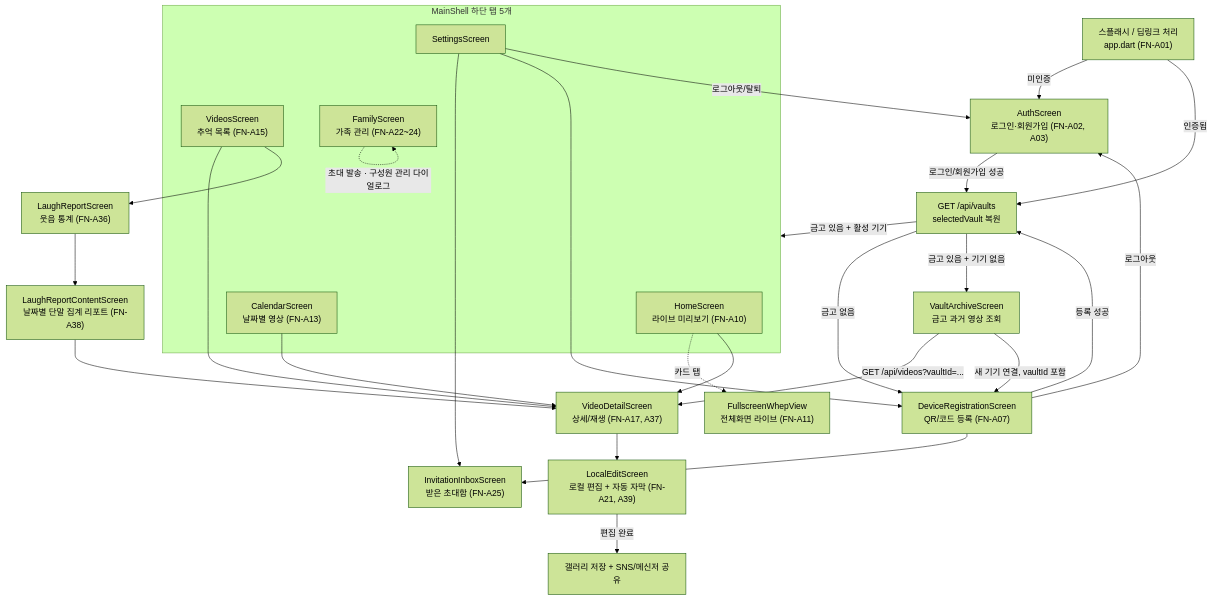
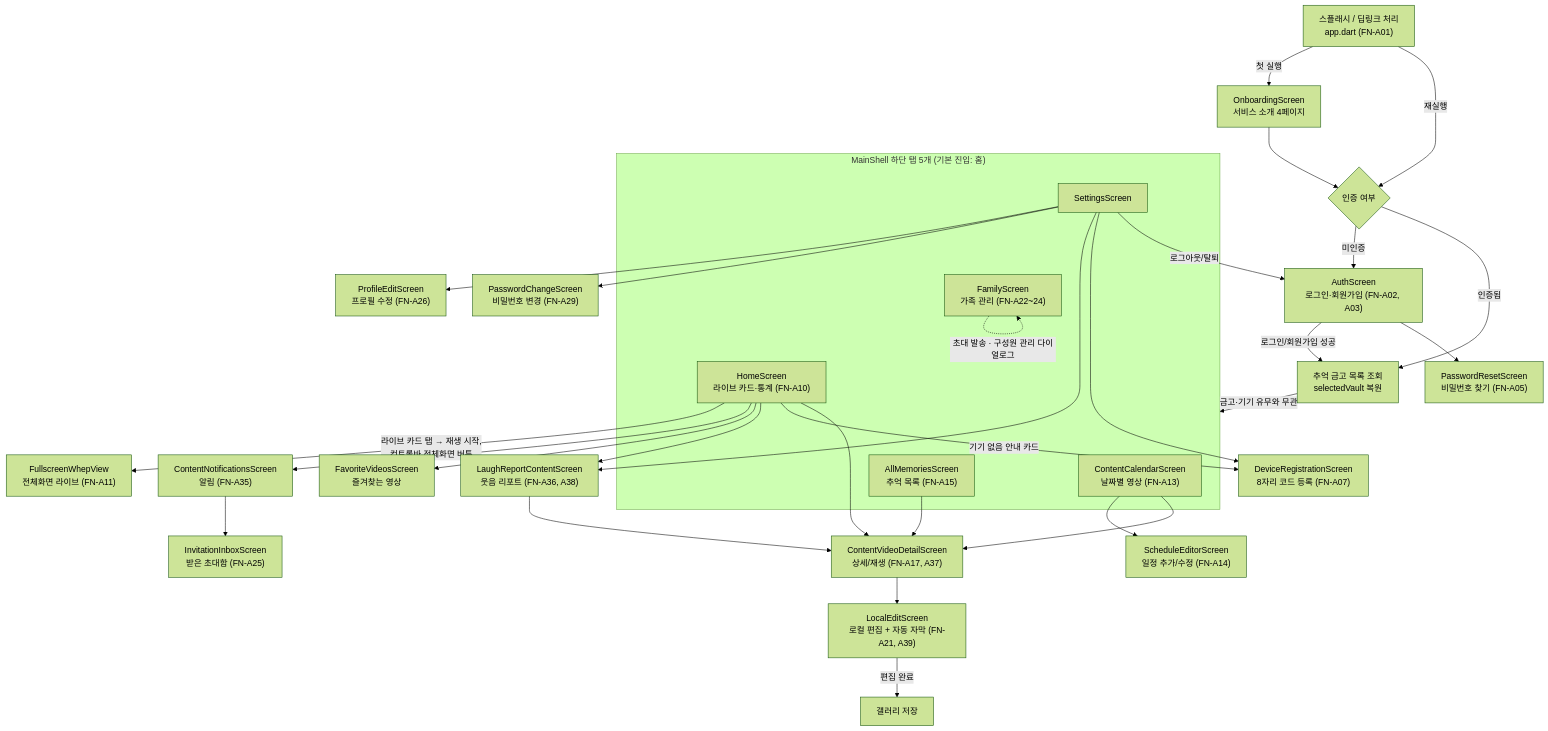
Before and after one commit to limbs-han/Bbanggeut: the diagram in 자료/docs/ai에게 입력용 문서/03-features.md, drawn with Mermaid (forest theme). The commit also changed other lines of this file and 3 other files, not shown here.

````diff
--- a/자료/docs/ai에게 입력용 문서/03-features.md
+++ b/자료/docs/ai에게 입력용 문서/03-features.md
@@ -72,40 +75,42 @@
 ```mermaid
 flowchart TD
-    Splash["스플래시 / 딥링크 처리\napp.dart (FN-A01)"] -->|미인증| Auth["AuthScreen\n로그인·회원가입 (FN-A02, A03)"]
-    Splash -->|인증됨| VaultLoad["GET /api/vaults\nselectedVault 복원"]
+    Splash["스플래시 / 딥링크 처리\napp.dart (FN-A01)"] -->|첫 실행| Onboarding["OnboardingScreen\n서비스 소개 4페이지"]
+    Onboarding --> AuthCheck{"인증 여부"}
+    Splash -->|재실행| AuthCheck
+    AuthCheck -->|미인증| Auth["AuthScreen\n로그인·회원가입 (FN-A02, A03)"]
+    AuthCheck -->|인증됨| VaultLoad["추억 금고 목록 조회\nselectedVault 복원"]
+    Auth -->|로그인/회원가입 성공| VaultLoad
+    Auth --> PwReset["PasswordResetScreen\n비밀번호 찾기 (FN-A05)"]
+    VaultLoad -->|금고·기기 유무와 무관| Shell["MainShell (FN-A06)"]
 
-    Auth -->|로그인/회원가입 성공| VaultLoad
-    VaultLoad -->|금고 없음| DeviceReg["DeviceRegistrationScreen\nQR/코드 등록 (FN-A07)"]
-    VaultLoad -->|금고 있음 + 활성 기기| Shell["MainShell (FN-A06)"]
-    VaultLoad -->|금고 있음 + 기기 없음| VaultArchive["VaultArchiveScreen\n금고 과거 영상 조회"]
-    VaultArchive -->|GET /api/videos?vaultId=...| VideoDetail
-    VaultArchive -->|새 기기 연결, vaultId 포함| DeviceReg
-    DeviceReg -->|등록 성공| VaultLoad
-    DeviceReg --> InvInbox["InvitationInboxScreen\n받은 초대함 (FN-A25)"]
-    DeviceReg -->|로그아웃| Auth
-
-    subgraph Shell["MainShell 하단 탭 5개"]
-        Home["HomeScreen\n라이브 미리보기 (FN-A10)"]
-        Calendar["CalendarScreen\n날짜별 영상 (FN-A13)"]
-        Videos["VideosScreen\n추억 목록 (FN-A15)"]
+    subgraph Shell["MainShell 하단 탭 5개 (기본 진입: 홈)"]
+        Calendar["ContentCalendarScreen\n날짜별 영상 (FN-A13)"]
+        Videos["AllMemoriesScreen\n추억 목록 (FN-A15)"]
+        Home["HomeScreen\n라이브 카드·통계 (FN-A10)"]
         Family["FamilyScreen\n가족 관리 (FN-A22~24)"]
         Settings["SettingsScreen"]
     end
 
-    Home -. 카드 탭 .-> FullscreenLive["FullscreenWhepView\n전체화면 라이브 (FN-A11)"]
-    Home --> VideoDetail["VideoDetailScreen\n상세/재생 (FN-A17, A37)"]
+    Home -->|라이브 카드 탭 → 재생 시작,\n컨트롤바 전체화면 버튼| FullscreenLive["FullscreenWhepView\n전체화면 라이브 (FN-A11)"]
+    Home --> Notif["ContentNotificationsScreen\n알림 (FN-A35)"]
+    Home --> Favorites["FavoriteVideosScreen\n즐겨찾는 영상"]
+    Home --> LaughReport["LaughReportContentScreen\n웃음 리포트 (FN-A36, A38)"]
+    Home -->|기기 없음 안내 카드| DeviceReg["DeviceRegistrationScreen\n8자리 코드 등록 (FN-A07)"]
+    Notif --> InvInbox["InvitationInboxScreen\n받은 초대함 (FN-A25)"]
+    Calendar --> ScheduleEditor["ScheduleEditorScreen\n일정 추가/수정 (FN-A14)"]
+
+    Home --> VideoDetail["ContentVideoDetailScreen\n상세/재생 (FN-A17, A37)"]
     Calendar --> VideoDetail
     Videos --> VideoDetail
-    Videos --> LaughReport["LaughReportScreen\n웃음 통계 (FN-A36)"]
-    LaughReport --> ReportScreen["LaughReportContentScreen\n날짜별 단말 집계 리포트 (FN-A38)"]
-    ReportScreen --> VideoDetail
+    LaughReport --> VideoDetail
+    VideoDetail --> LocalEdit["LocalEditScreen\n로컬 편집 + 자동 자막 (FN-A21, A39)"]
+    LocalEdit -->|편집 완료| Gallery["갤러리 저장"]
 
-    VideoDetail --> LocalEdit["LocalEditScreen\n로컬 편집 + 자동 자막 (FN-A21, A39)"]
-    LocalEdit -->|편집 완료| Gallery["갤러리 저장 + SNS/메신저 공유"]
-
-    Settings --> InvInbox
+    Settings --> ProfileEdit["ProfileEditScreen\n프로필 수정 (FN-A26)"]
+    Settings --> PwChange["PasswordChangeScreen\n비밀번호 변경 (FN-A29)"]
+    Settings --> LaughReport
     Settings --> DeviceReg
     Settings -->|로그아웃/탈퇴| Auth
 
     Family -.->|초대 발송 · 구성원 관리 다이얼로그| Family
 ```
````
